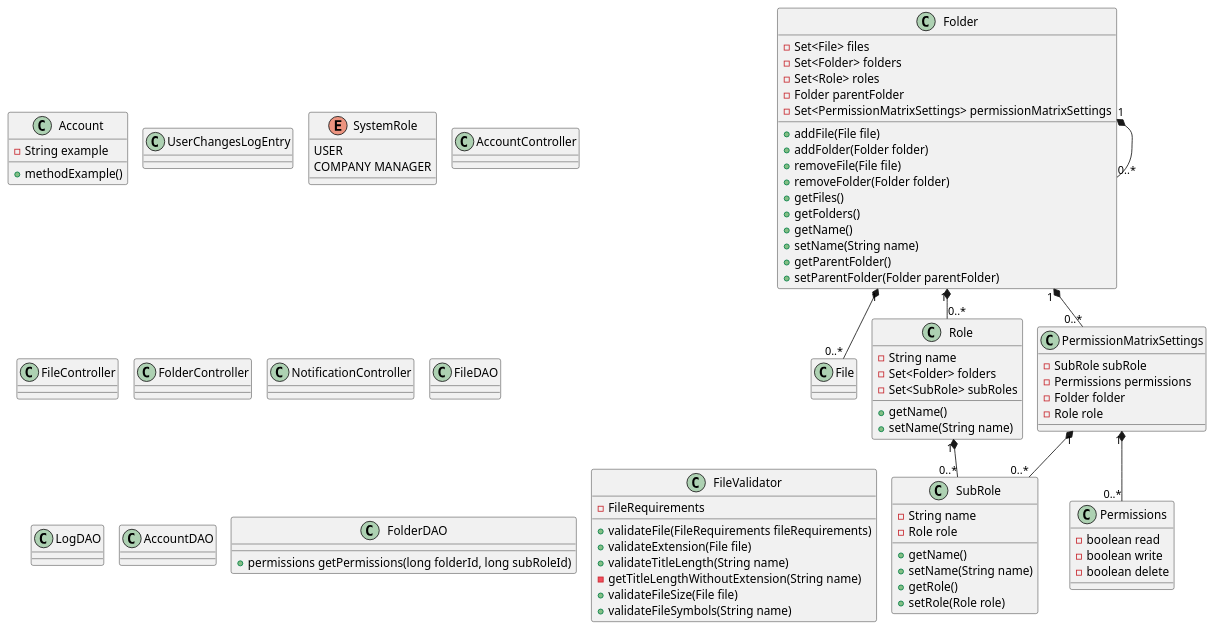
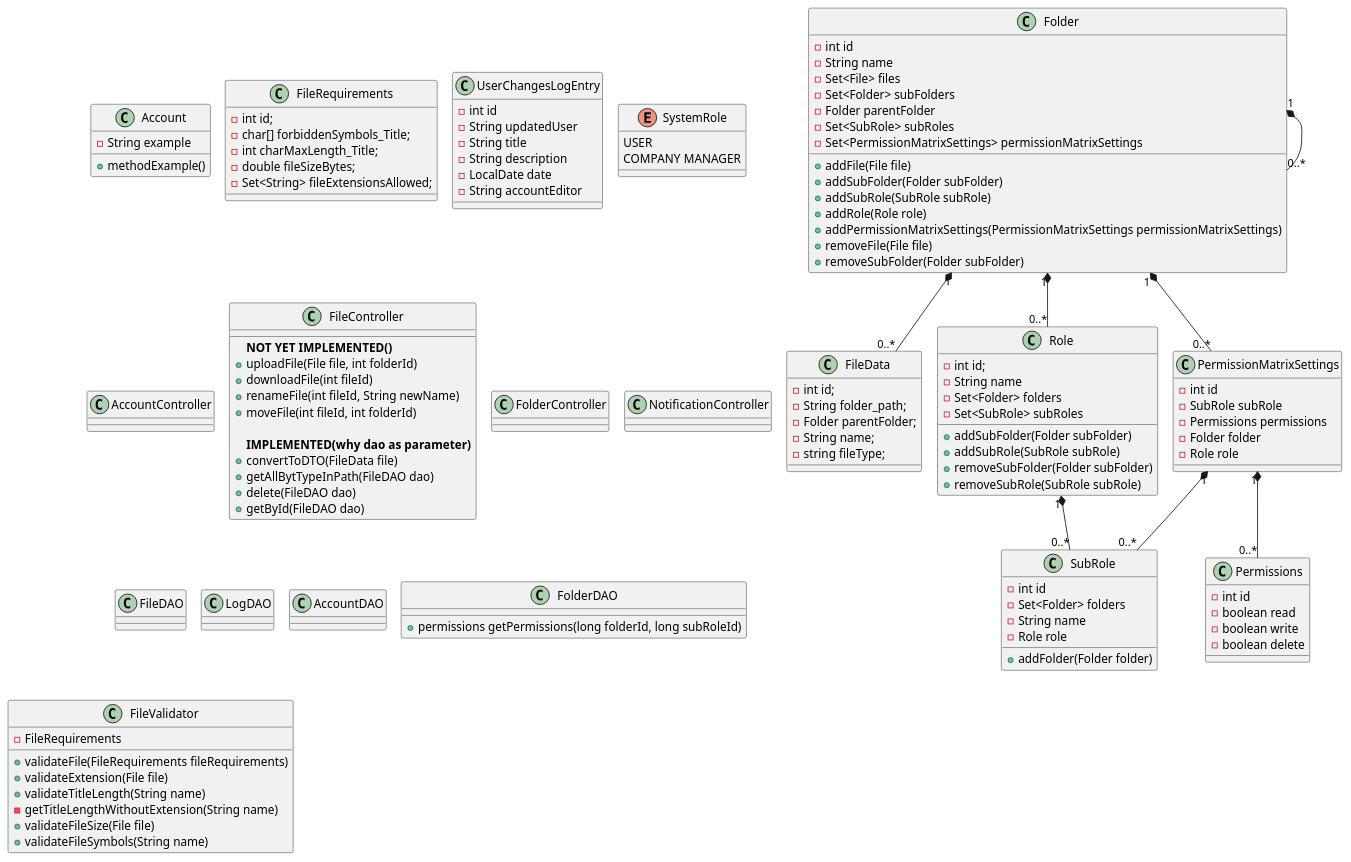
The diagram in backend/documentation/classDiagram.puml (badranyoussef/businest), drawn with PlantUML before and after one commit. The commit also changed 3 other files, not shown here.

Commit message:
Classdiagram fixes + emf change

```diff
--- a/backend/documentation/classDiagram.puml
+++ b/backend/documentation/classDiagram.puml
@@ -1,105 +1,140 @@
 @startuml
 'https://plantuml.com/class-diagram
 
 '----- Entities -----
 class Account
-class File
+class FileRequirements {
+    - int id;
+    - char[] forbiddenSymbols_Title;
+    - int charMaxLength_Title;
+    - double fileSizeBytes;
+    - Set<String> fileExtensionsAllowed;
+}
+class FileData {
+    - int id;
+    - String folder_path;
+    - Folder parentFolder;
+    - String name;
+    - string fileType;
+}
 class Role {
+    - int id;
     - String name
     - Set<Folder> folders
     - Set<SubRole> subRoles
-    + getName()
-    + setName(String name)
+    + addSubFolder(Folder subFolder)
+    + addSubRole(SubRole subRole)
+    + removeSubFolder(Folder subFolder)
+    + removeSubRole(SubRole subRole)
 }
 class SubRole {
+    - int id
+    - Set<Folder> folders
     - String name
     - Role role
-    + getName()
-    + setName(String name)
-    + getRole()
-    + setRole(Role role)
+    + addFolder(Folder folder)
 }
 class PermissionMatrixSettings {
+    - int id
     - SubRole subRole
     - Permissions permissions
     - Folder folder
     - Role role
-    }
+}
 class Permissions {
+    - int id
     - boolean read
     - boolean write
     - boolean delete
 }
 
 class Folder {
+    - int id
+    - String name
     - Set<File> files
-    - Set<Folder> folders
-    - Set<Role> roles
+    - Set<Folder> subFolders
     - Folder parentFolder
+    - Set<SubRole> subRoles
     - Set<PermissionMatrixSettings> permissionMatrixSettings
     + addFile(File file)
-    + addFolder(Folder folder)
+    + addSubFolder(Folder subFolder)
+    + addSubRole(SubRole subRole)
+    + addRole(Role role)
+    + addPermissionMatrixSettings(PermissionMatrixSettings permissionMatrixSettings)
     + removeFile(File file)
-    + removeFolder(Folder folder)
-    + getFiles()
-    + getFolders()
-    + getName()
-    + setName(String name)
-    + getParentFolder()
-    + setParentFolder(Folder parentFolder)
+    + removeSubFolder(Folder subFolder)
 }
-class UserChangesLogEntry
+class UserChangesLogEntry {
+    - int id
+    - String updatedUser
+    - String title
+    - String description
+    - LocalDate date
+    - String accountEditor
+}
 enum SystemRole {
     USER
     COMPANY MANAGER
 }
 
 '----- Controllers -----
 class AccountController
-class FileController
+class FileController { 
+    **NOT YET IMPLEMENTED()**
+    + uploadFile(File file, int folderId)
+    + downloadFile(int fileId)
+    + renameFile(int fileId, String newName)
+    + moveFile(int fileId, int folderId)
+
+    **IMPLEMENTED(why dao as parameter)**
+    + convertToDTO(FileData file)
+    + getAllBytTypeInPath(FileDAO dao)
+    + delete(FileDAO dao)
+    + getById(FileDAO dao)
+}
 class FolderController
 class NotificationController
 
 '----- DAOs -----
 class FileDAO
 class LogDAO
 class AccountDAO
 class FolderDAO {
     + permissions getPermissions(long folderId, long subRoleId)
 }
 
 class FileValidator {
     - FileRequirements
     + validateFile(FileRequirements fileRequirements)
     + validateExtension(File file)
     + validateTitleLength(String name)
     - getTitleLengthWithoutExtension(String name)
     + validateFileSize(File file)
     + validateFileSymbols(String name)
 
 }
 
 'List <|-- AbstractList
 'Collection <|-- AbstractCollection
 
 'Collection <|- List
 'AbstractCollection <|- AbstractList
 'AbstractList <|-- ArrayList
 
 class Account {
     - String example
     + methodExample()
 }
 
 '----- Relations -----
-Folder "1" *-- "0..*" File
+Folder "1" *-- "0..*" FileData
 Folder "1" *-- "0..*" Folder
 Folder "1" *-- "0..*" Role
 Folder "1" *-- "0..*" PermissionMatrixSettings
 Role "1" *-- "0..*" SubRole
 PermissionMatrixSettings "1" *-- "0..*" Permissions
 PermissionMatrixSettings "1" *-- "0..*" SubRole
 
 
 !pragma layout smetana
 @enduml
```
